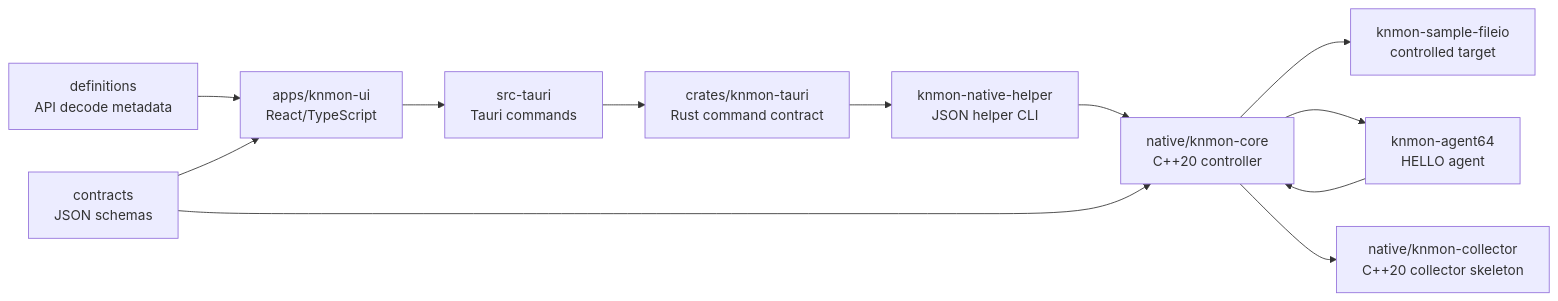
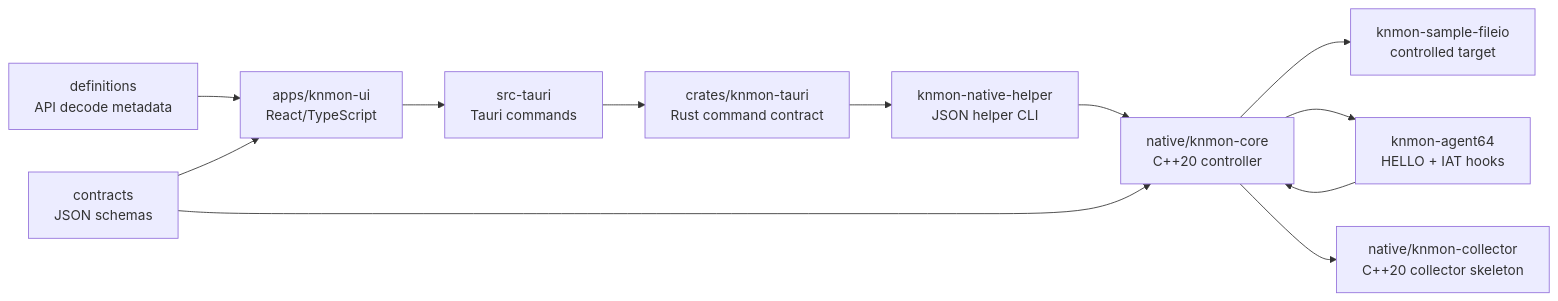
One commit to kernullist/KnWin32ApiMonitor changed the diagram in docs/architecture.md. Above: the diagram before and after it, drawn with Mermaid. The commit also changed other lines of this file and 20 other files, not shown here.

````diff
--- a/docs/architecture.md
+++ b/docs/architecture.md
@@ -13,25 +13,25 @@
 ```mermaid
 flowchart LR
     UI["apps/knmon-ui<br/>React/TypeScript"]
     TAURI["src-tauri<br/>Tauri commands"]
     RUST["crates/knmon-tauri<br/>Rust command contract"]
     CORE["native/knmon-core<br/>C++20 controller"]
     COL["native/knmon-collector<br/>C++20 collector skeleton"]
     HELPER["knmon-native-helper<br/>JSON helper CLI"]
     SAMPLE["knmon-sample-fileio<br/>controlled target"]
-    AGENT["knmon-agent64<br/>HELLO agent"]
+    AGENT["knmon-agent64<br/>HELLO + IAT hooks"]
     DEF["definitions<br/>API decode metadata"]
     CONTRACT["contracts<br/>JSON schemas"]
 
     UI --> TAURI
     TAURI --> RUST
     RUST --> HELPER
     HELPER --> CORE
     CORE --> SAMPLE
     CORE --> AGENT
     AGENT --> CORE
     CORE --> COL
     DEF --> UI
     CONTRACT --> UI
     CONTRACT --> CORE
 ```
````
